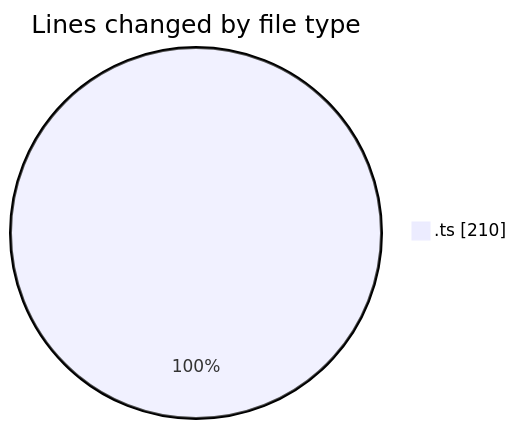
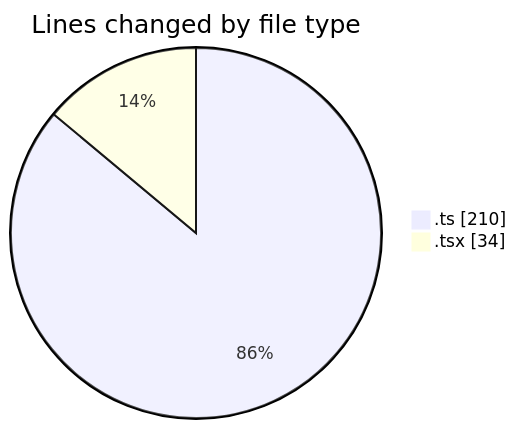
The first of 2 diagrams in 2025-07-28/ani/README.md (EIIisD/code-tracking), drawn with Mermaid before and after one commit. The commit also changed other lines of this file and 1 other file, not shown here.

````diff
--- a/2025-07-28/ani/README.md
+++ b/2025-07-28/ani/README.md
@@ -20,5 +21,6 @@
 ```mermaid
 pie showData
 title Lines changed by file type
 ".ts" : 210
+".tsx" : 34
 ```
````
